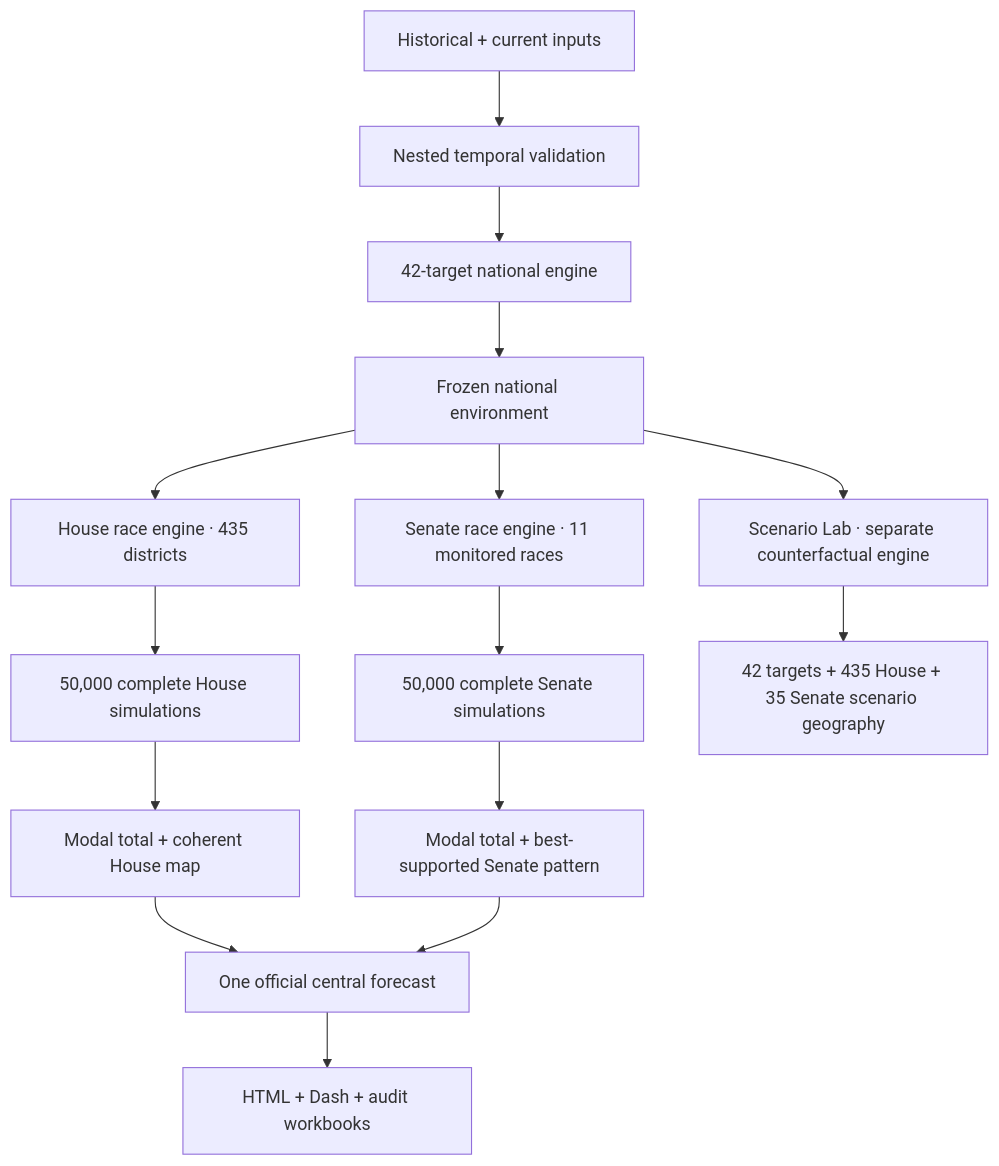
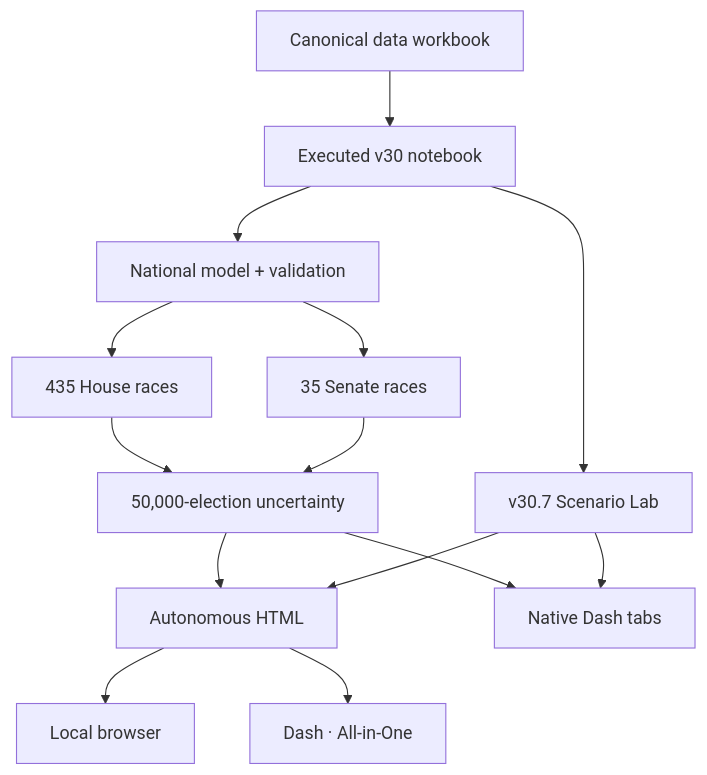
The diagram in README.md (juaniflls/midterms-2026-forecast), drawn with Mermaid before and after one commit. The commit also changed other lines of this file and 715 other files, not shown here.

````diff
--- a/README.md
+++ b/README.md
@@ -142,17 +65,16 @@
 ```mermaid
 flowchart TD
-    A["Historical + current inputs"] --> B["Nested temporal validation"]
-    B --> C["42-target national engine"]
-    C --> D["Frozen national environment"]
-    D --> E["House race engine · 435 districts"]
-    D --> F["Senate race engine · 11 monitored races"]
-    E --> G["50,000 complete House simulations"]
-    F --> H["50,000 complete Senate simulations"]
-    G --> I["Modal total + coherent House map"]
-    H --> J["Modal total + best-supported Senate pattern"]
-    I --> K["One official central forecast"]
-    J --> K
-    K --> L["HTML + Dash + audit workbooks"]
-    D --> M["Scenario Lab · separate counterfactual engine"]
-    M --> N["42 targets + 435 House + 35 Senate scenario geography"]
+    A["Canonical data workbook"] --> B["Executed v30 notebook"]
+    B --> C["National model + validation"]
+    C --> D["435 House races"]
+    C --> E["35 Senate races"]
+    D --> F["50,000-election uncertainty"]
+    E --> F
+    B --> G["v30.7 Scenario Lab"]
+    F --> H["Autonomous HTML"]
+    G --> H
+    H --> I["Local browser"]
+    H --> J["Dash · All-in-One"]
+    F --> K["Native Dash tabs"]
+    G --> K
 ```
````
